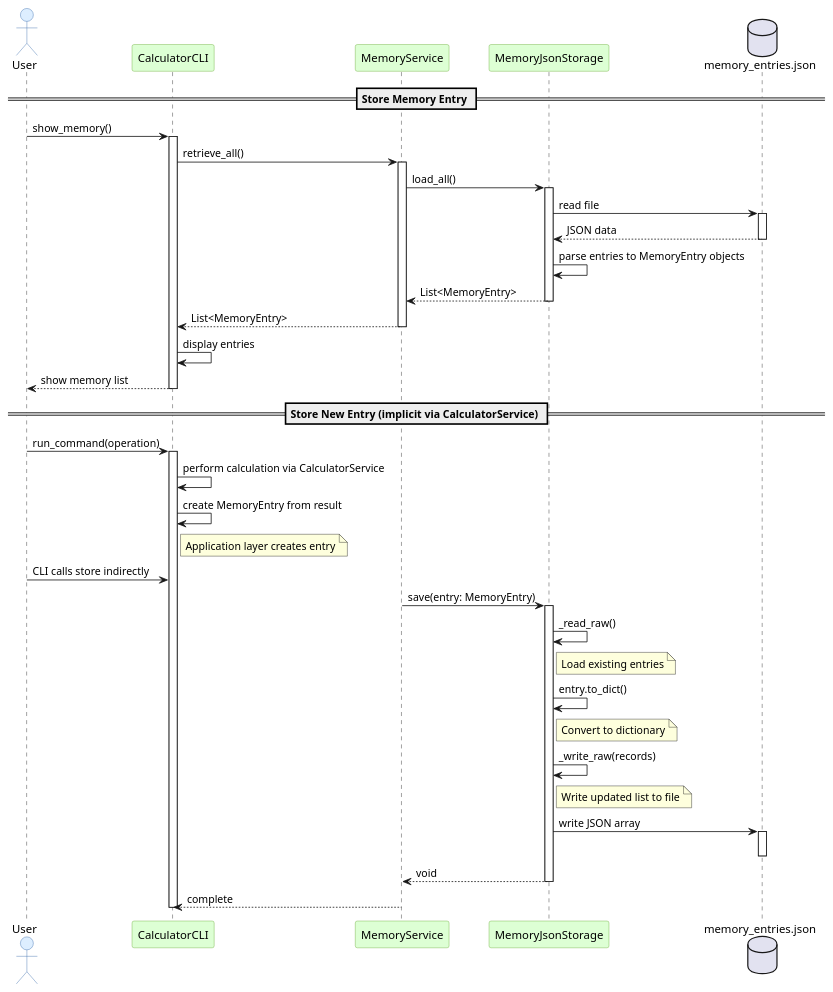
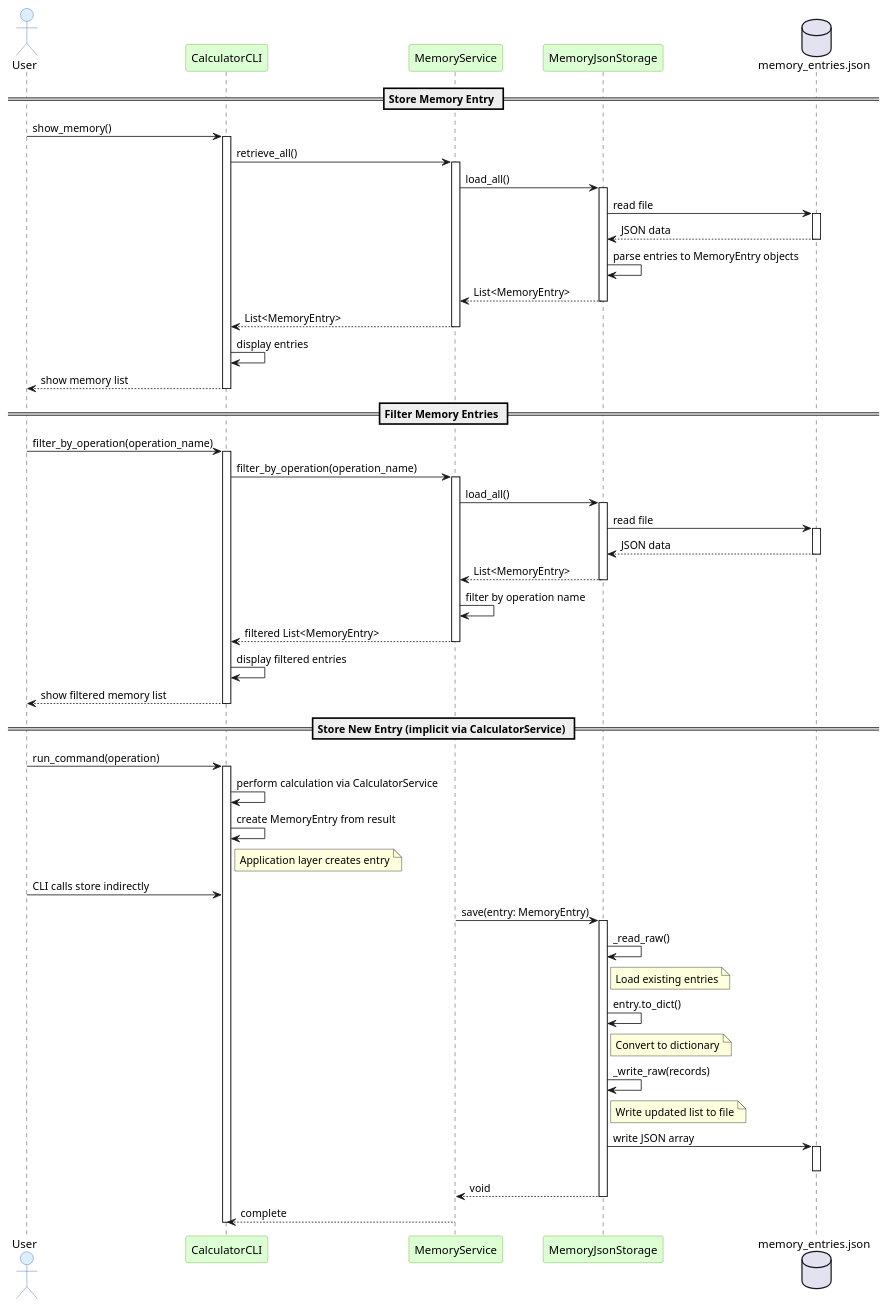
One commit to DanielRiha8906/Software_autoevolution_using_agents changed the diagram in experiments/pipeline/structured_text/calculator/artifacts/sequence_diagram_memory.puml. Above: the diagram before and after it, drawn with PlantUML. The commit also changed 11 other files, not shown here.

```diff
--- a/experiments/pipeline/structured_text/calculator/artifacts/sequence_diagram_memory.puml
+++ b/experiments/pipeline/structured_text/calculator/artifacts/sequence_diagram_memory.puml
@@ -1,60 +1,81 @@
 @startuml sequence_diagram_memory
 
 skinparam sequenceActorBackgroundColor #DDEEFF
 skinparam sequenceActorBorderColor #3366AA
 skinparam sequenceParticipantBackgroundColor #DDFFD4
 skinparam sequenceParticipantBorderColor #66AA33
 
 actor User
 participant "CalculatorCLI" as CLI
 participant "MemoryService" as MemService
 participant "MemoryJsonStorage" as MemStore
 database "memory_entries.json" as DB
 
 == Store Memory Entry ==
 
 User -> CLI: show_memory()
 activate CLI
 CLI -> MemService: retrieve_all()
 activate MemService
 MemService -> MemStore: load_all()
 activate MemStore
 MemStore -> DB: read file
 activate DB
 DB --> MemStore: JSON data
 deactivate DB
 MemStore -> MemStore: parse entries to MemoryEntry objects
 MemStore --> MemService: List<MemoryEntry>
 deactivate MemStore
 MemService --> CLI: List<MemoryEntry>
 deactivate MemService
 CLI -> CLI: display entries
 CLI --> User: show memory list
 deactivate CLI
 
+== Filter Memory Entries ==
+
+User -> CLI: filter_by_operation(operation_name)
+activate CLI
+CLI -> MemService: filter_by_operation(operation_name)
+activate MemService
+MemService -> MemStore: load_all()
+activate MemStore
+MemStore -> DB: read file
+activate DB
+DB --> MemStore: JSON data
+deactivate DB
+MemStore --> MemService: List<MemoryEntry>
+deactivate MemStore
+MemService -> MemService: filter by operation name
+MemService --> CLI: filtered List<MemoryEntry>
+deactivate MemService
+CLI -> CLI: display filtered entries
+CLI --> User: show filtered memory list
+deactivate CLI
+
 == Store New Entry (implicit via CalculatorService) ==
 
 User -> CLI: run_command(operation)
 activate CLI
 CLI -> CLI: perform calculation via CalculatorService
 CLI -> CLI: create MemoryEntry from result
 note right of CLI: Application layer creates entry
 
 User -> CLI: CLI calls store indirectly
 MemService -> MemStore: save(entry: MemoryEntry)
 activate MemStore
 MemStore -> MemStore: _read_raw()
 note right of MemStore: Load existing entries
 MemStore -> MemStore: entry.to_dict()
 note right of MemStore: Convert to dictionary
 MemStore -> MemStore: _write_raw(records)
 note right of MemStore: Write updated list to file
 MemStore -> DB: write JSON array
 activate DB
 deactivate DB
 MemStore --> MemService: void
 deactivate MemStore
 MemService --> CLI: complete
 deactivate CLI
 
 @enduml
```
